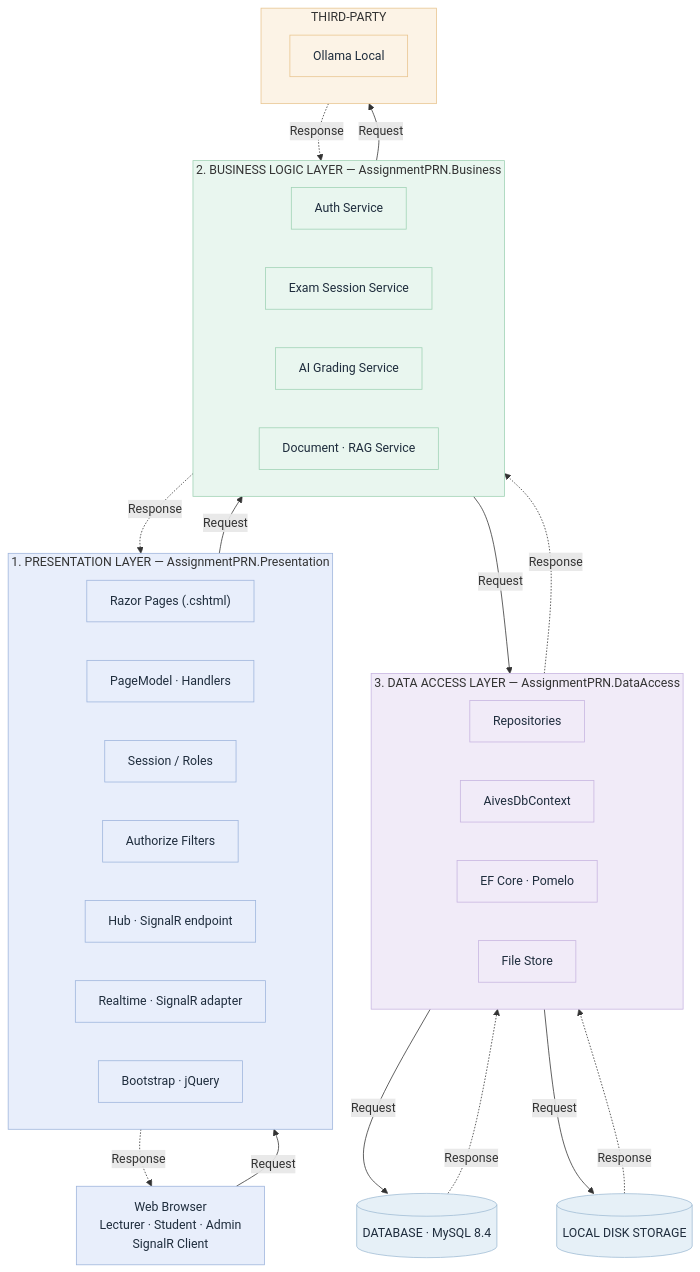
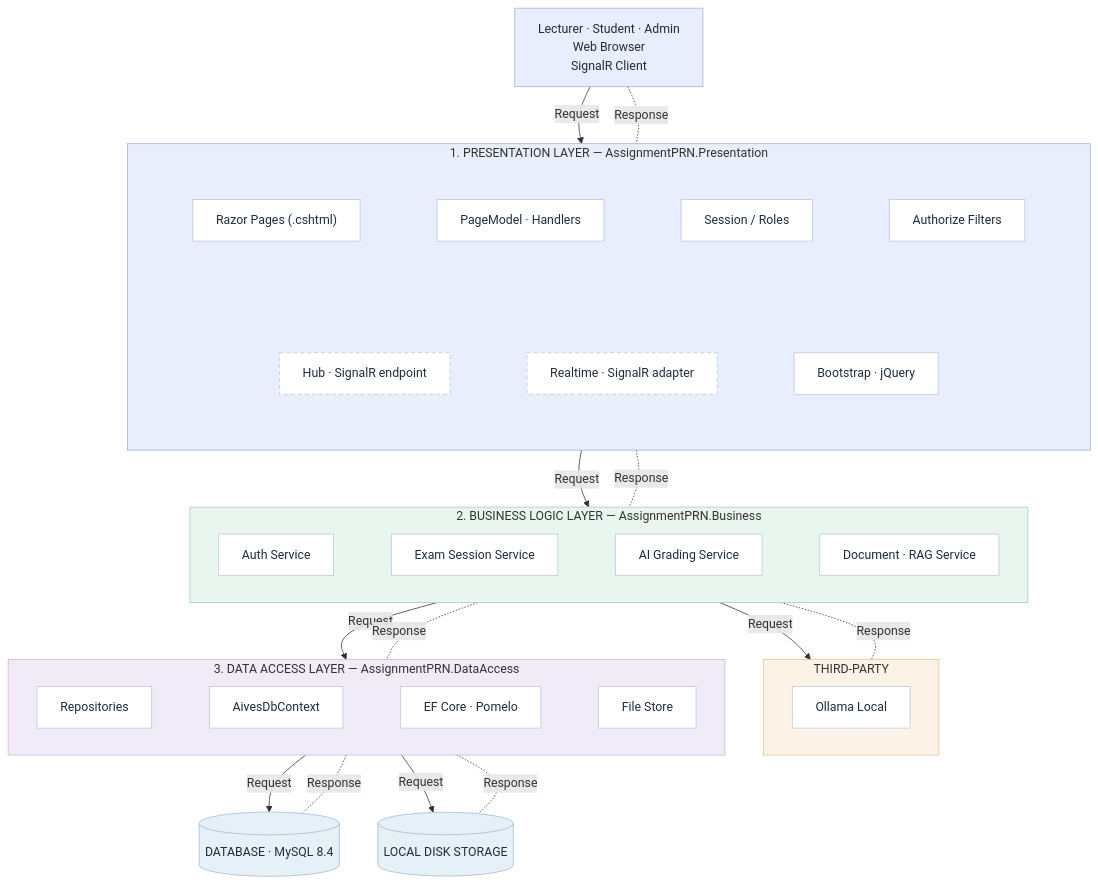
One commit to zanh154/AS2 changed the diagram in docs/kien-truc-3-tang.mmd. Above: the diagram before and after it, drawn with Mermaid. The commit also changed 1 other file, not shown here.

Commit message:
docs: thêm link sơ đồ draw.io và bản Mermaid khớp bố cục

```diff
--- a/docs/kien-truc-3-tang.mmd
+++ b/docs/kien-truc-3-tang.mmd
@@ -1,65 +1,62 @@
 %% AIVES - kiến trúc 3 tầng. Dán vào draw.io: Arrange > Insert > Advanced > Mermaid.
 flowchart TB
-    Browser["Web Browser<br/>Lecturer · Student · Admin<br/>SignalR Client"]
+    Browser["Lecturer · Student · Admin<br/>Web Browser<br/>SignalR Client"]
 
     subgraph P["1. PRESENTATION LAYER — AssignmentPRN.Presentation"]
-        direction LR
-        Pages["Razor Pages (.cshtml)"]
-        PageModels["PageModel · Handlers"]
-        Session["Session / Roles"]
-        Filters["Authorize Filters"]
-        Hub["Hub · SignalR endpoint"]
-        Realtime["Realtime · SignalR adapter"]
-        UI["Bootstrap · jQuery"]
+        direction TB
+        subgraph P1[" "]
+            direction LR
+            Pages["Razor Pages (.cshtml)"] ~~~ PageModels["PageModel · Handlers"] ~~~ Session["Session / Roles"] ~~~ Filters["Authorize Filters"]
+        end
+        subgraph P2[" "]
+            direction LR
+            Hub["Hub · SignalR endpoint"] ~~~ Realtime["Realtime · SignalR adapter"] ~~~ UI["Bootstrap · jQuery"]
+        end
+        P1 ~~~ P2
     end
 
     subgraph B["2. BUSINESS LOGIC LAYER — AssignmentPRN.Business"]
         direction LR
-        Auth["Auth Service"]
-        Exam["Exam Session Service"]
-        Grading["AI Grading Service"]
-        Rag["Document · RAG Service"]
-    end
-
-    subgraph D["3. DATA ACCESS LAYER — AssignmentPRN.DataAccess"]
-        direction LR
-        Repo["Repositories"]
-        Ctx["AivesDbContext"]
-        EF["EF Core · Pomelo"]
-        Files["File Store"]
+        Auth["Auth Service"] ~~~ Exam["Exam Session Service"] ~~~ Grading["AI Grading Service"] ~~~ Rag["Document · RAG Service"]
     end
 
     subgraph T["THIRD-PARTY"]
         Ollama["Ollama Local"]
     end
 
+    subgraph D["3. DATA ACCESS LAYER — AssignmentPRN.DataAccess"]
+        direction LR
+        Repo["Repositories"] ~~~ Ctx["AivesDbContext"] ~~~ EF["EF Core · Pomelo"] ~~~ Files["File Store"]
+    end
+
     DB[("DATABASE · MySQL 8.4")]
     Disk[("LOCAL DISK STORAGE")]
 
     Browser -->|Request| P
-    P -.->|Response| Browser
+    Browser <-.-|Response| P
     P -->|Request| B
-    B -.->|Response| P
+    P <-.-|Response| B
     B -->|Request| T
-    T -.->|Response| B
+    B <-.-|Response| T
     B -->|Request| D
-    D -.->|Response| B
+    B <-.-|Response| D
     D -->|Request| DB
-    DB -.->|Response| D
+    D <-.-|Response| DB
     D -->|Request| Disk
-    Disk -.->|Response| D
+    D <-.-|Response| Disk
 
-    classDef pres fill:#e8eefb,stroke:#9db4dc,color:#1f2d3d
-    classDef bus fill:#e9f6ef,stroke:#9fd2b4,color:#1f2d3d
-    classDef dal fill:#f1ebf8,stroke:#c7b4e0,color:#1f2d3d
-    classDef ext fill:#fcf3e6,stroke:#e8c48f,color:#1f2d3d
+    classDef card fill:#ffffff,stroke:#b7c8e6,color:#1f2d3d
+    classDef client fill:#e8eefb,stroke:#9db4dc,color:#1f2d3d
     classDef store fill:#e6f0f7,stroke:#9fbcd4,color:#1f2d3d
-    class Browser,Pages,PageModels,Session,Filters,Hub,Realtime,UI pres
-    class Auth,Exam,Grading,Rag bus
-    class Repo,Ctx,EF,Files dal
-    class Ollama ext
+    class Pages,PageModels,Session,Filters,Hub,Realtime,UI card
+    class Auth,Exam,Grading,Rag,Repo,Ctx,EF,Files,Ollama card
+    class Browser client
     class DB,Disk store
+    style Hub stroke-dasharray:5 4
+    style Realtime stroke-dasharray:5 4
     style P fill:#e8eefb,stroke:#9db4dc
     style B fill:#e9f6ef,stroke:#9fd2b4
     style D fill:#f1ebf8,stroke:#c7b4e0
     style T fill:#fcf3e6,stroke:#e8c48f
+    style P1 fill:none,stroke:none
+    style P2 fill:none,stroke:none
```
